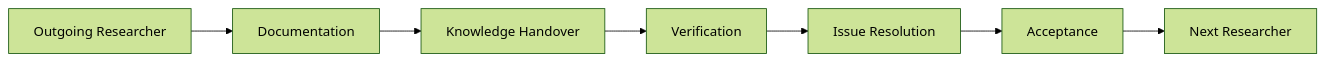
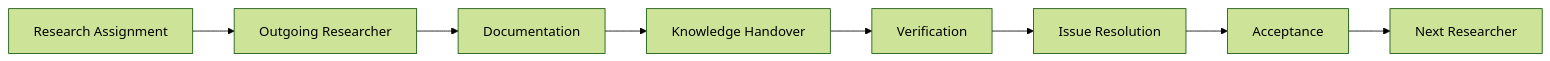
The second of 2 diagrams in 10-knowledge-transfer.md (raycg/Open-Research-Playbook), drawn with Mermaid (forest theme) before and after one commit. The commit also changed other lines of this file, not shown here.

````diff
--- a/10-knowledge-transfer.md
+++ b/10-knowledge-transfer.md
@@ -99,17 +106,19 @@
 ```mermaid
 graph LR
+    AS[Research Assignment]
     O[Outgoing Researcher]
     D[Documentation]
     H[Knowledge Handover]
     V[Verification]
     I[Issue Resolution]
     A[Acceptance]
     N[Next Researcher]
 
+    AS --> O
     O --> D
     D --> H
     H --> V
     V --> I
     I --> A
     A --> N
 ```
````
